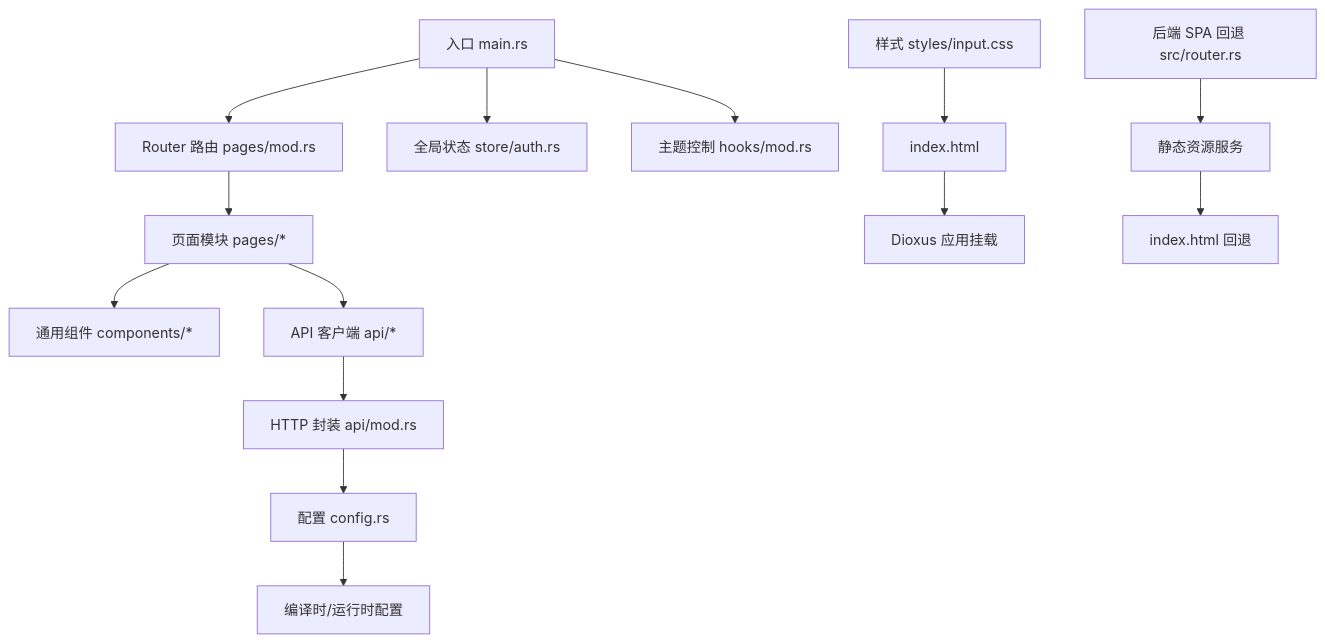
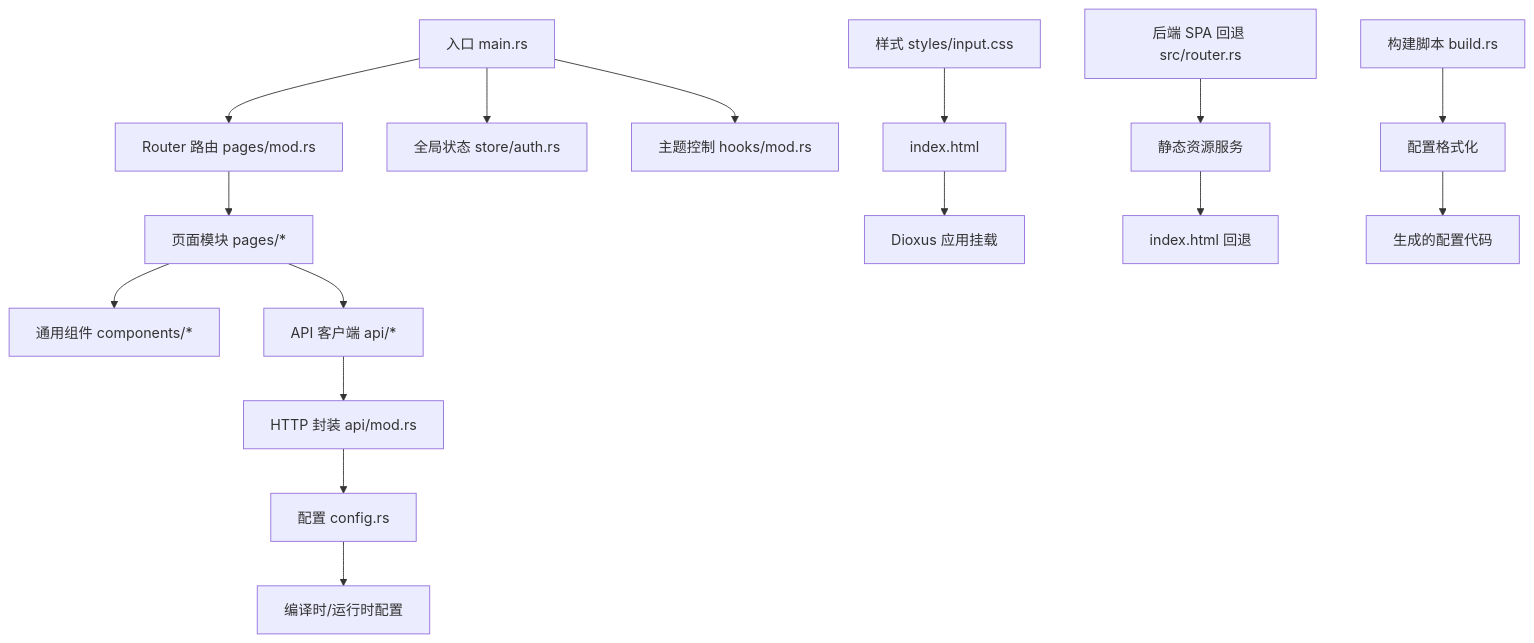
Before and after one commit to runningcoders/ai_orz: the first of 12 diagrams in .qoder/repowiki/zh/content/前端应用/前端应用.md, drawn with Mermaid. The commit also changed other lines of this file and 4 other files, not shown here.

````diff
--- a/.qoder/repowiki/zh/content/前端应用/前端应用.md
+++ b/.qoder/repowiki/zh/content/前端应用/前端应用.md
@@ -60,16 +66,18 @@
 ```mermaid
 graph TB
 A["入口 main.rs"] --> B["Router 路由 pages/mod.rs"]
 A --> C["全局状态 store/auth.rs"]
 A --> D["主题控制 hooks/mod.rs"]
 B --> E["页面模块 pages/*"]
 E --> F["通用组件 components/*"]
 E --> G["API 客户端 api/*"]
 G --> H["HTTP 封装 api/mod.rs"]
 H --> I["配置 config.rs"]
 I --> J["编译时/运行时配置"]
 K["样式 styles/input.css"] --> L["index.html"]
 L --> M["Dioxus 应用挂载"]
 N["后端 SPA 回退 src/router.rs"] --> O["静态资源服务"]
 O --> P["index.html 回退"]
+Q["构建脚本 build.rs"] --> R["配置格式化"]
+R --> S["生成的配置代码"]
 ```
````
